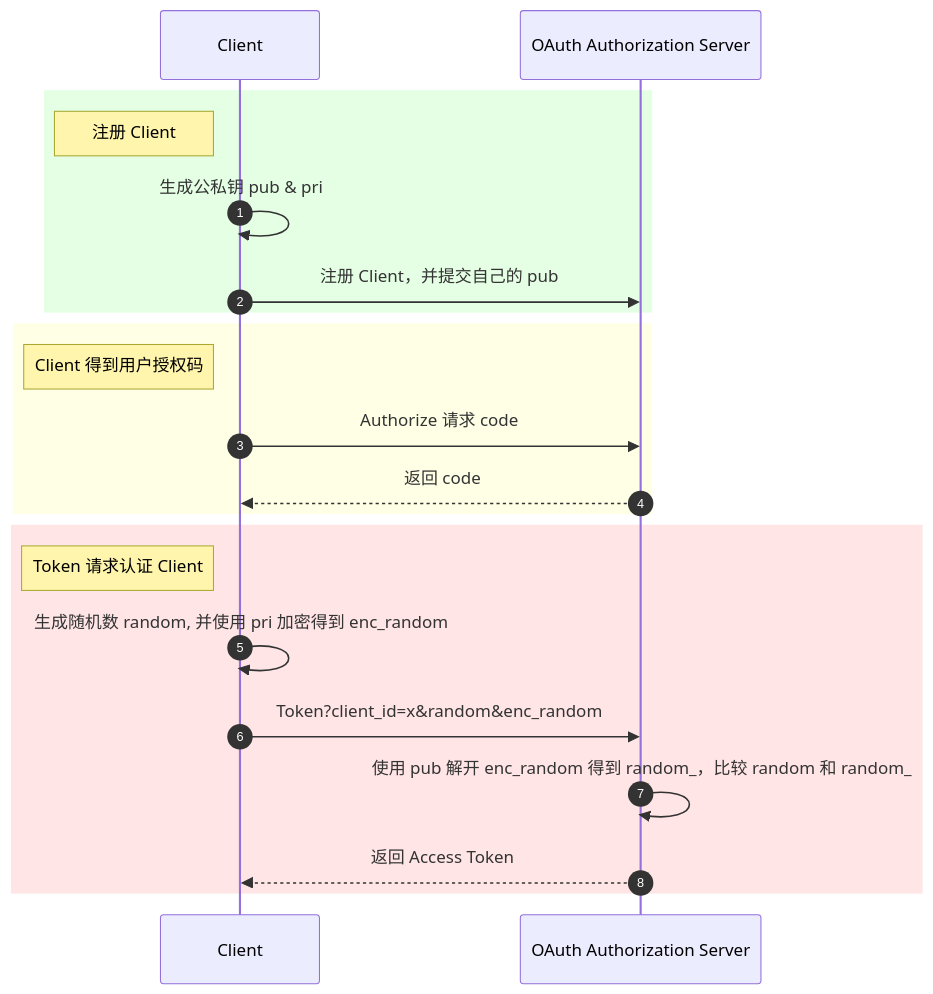
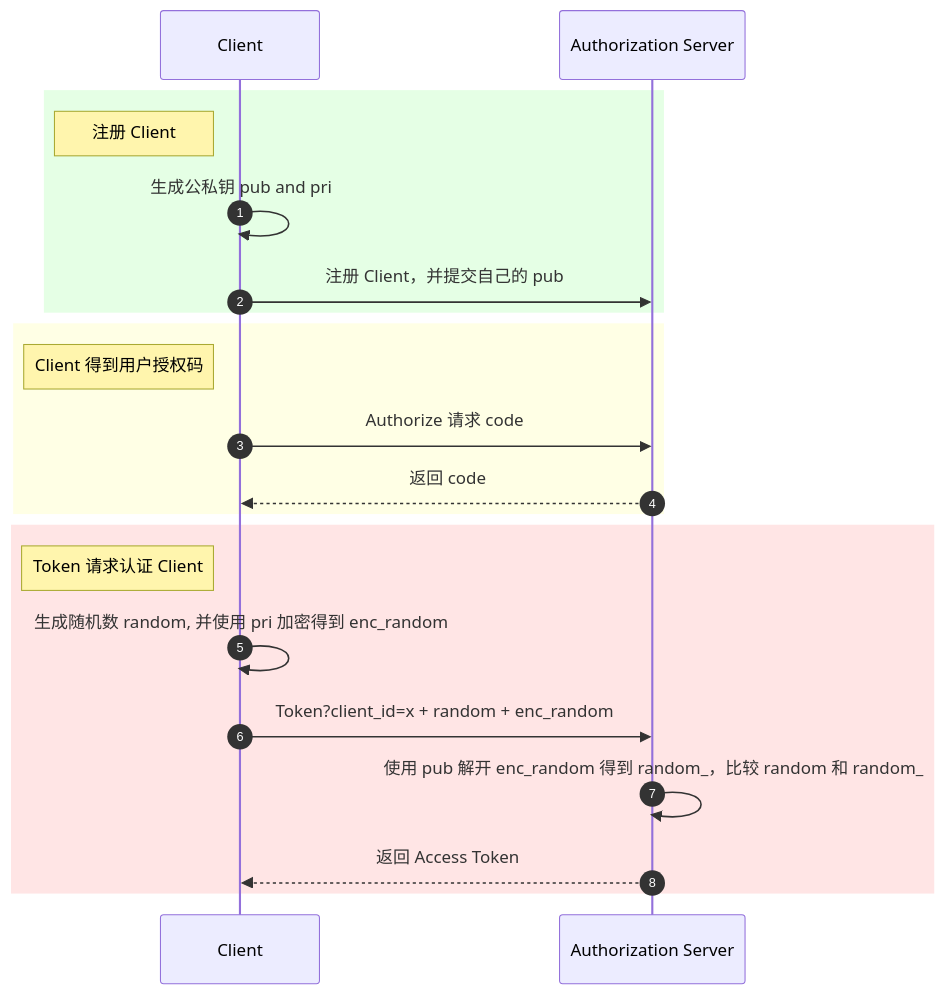
The first of 9 diagrams in posts/oauth-best-practice/readme.md (lsj9383/blog), drawn with Mermaid before and after one commit. The commit also changed other lines of this file, not shown here.

````diff
--- a/posts/oauth-best-practice/readme.md
+++ b/posts/oauth-best-practice/readme.md
@@ -120,27 +131,27 @@
 ```mermaid
 sequenceDiagram
 autonumber
 
 participant client as Client
-participant authz_server as OAuth Authorization Server
+participant authz_server as Authorization Server
 
 rect rgb(0, 255, 0, .1)
     Note left of client: 注册 Client
-    client ->> client: 生成公私钥 pub & pri
+    client ->> client: 生成公私钥 pub and pri
     client ->> authz_server: 注册 Client，并提交自己的 pub
 end
 
 rect rgb(255, 255, 0, .1)
     Note left of client: Client 得到用户授权码
     client ->> authz_server: Authorize 请求 code
     authz_server -->> client: 返回 code
 end
 
 rect rgb(255, 0, 0, .1)
     Note left of client: Token 请求认证 Client
     client ->> client: 生成随机数 random, 并使用 pri 加密得到 enc_random
-    client ->> authz_server: Token?client_id=x&random&enc_random
+    client ->> authz_server: Token?client_id=x + random + enc_random
     authz_server ->> authz_server: 使用 pub 解开 enc_random 得到 random_，比较 random 和 random_
     authz_server -->> client: 返回 Access Token
 end
 ```
````
